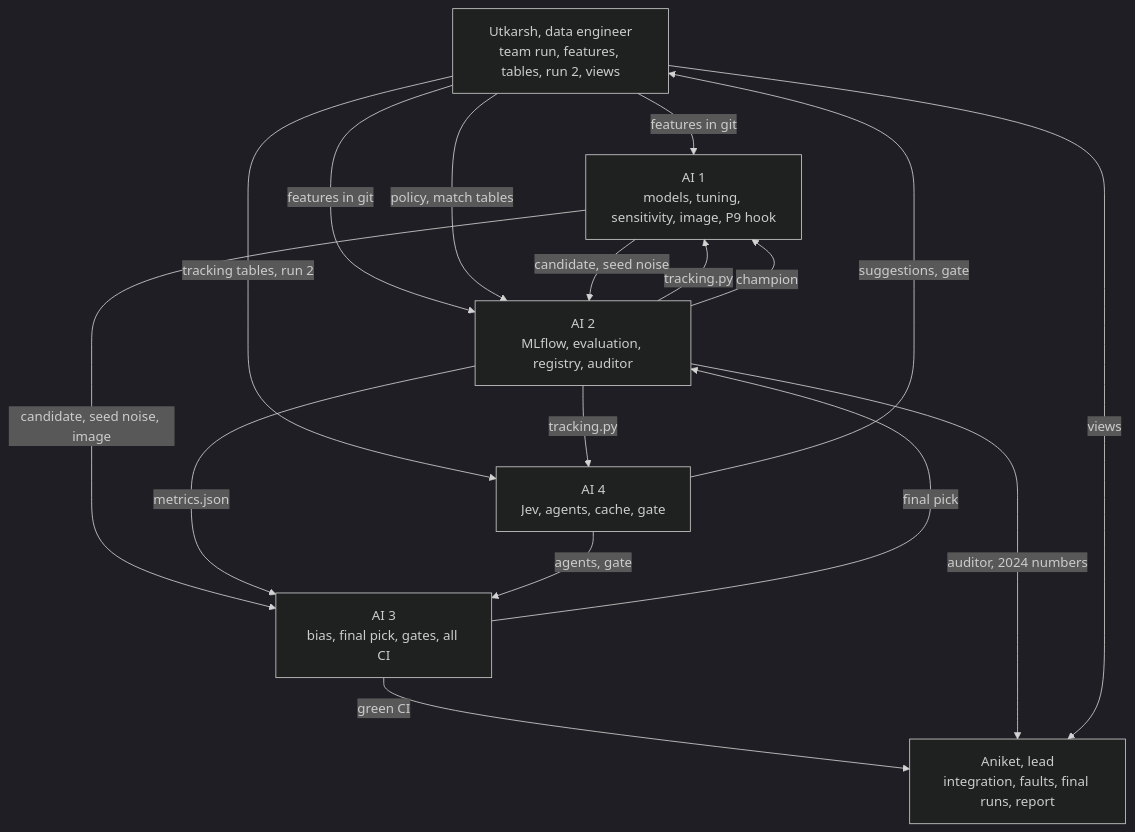
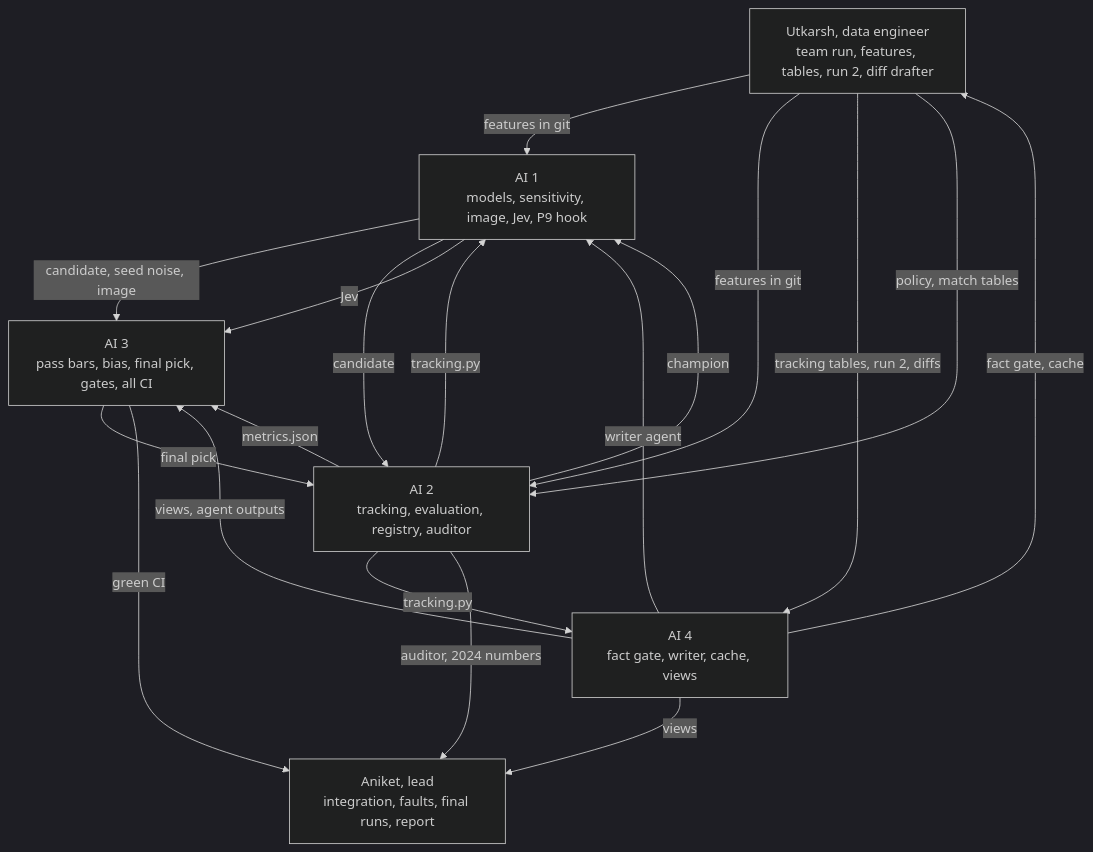
The second of 2 diagrams in Model-Pipeline/PLAN.md (Itsme-aniketghosh/Meridian), drawn with Mermaid (dark theme) before and after one commit. The commit also changed other lines of this file and 7 other files, not shown here.

First line of the commit message:
Update README files across multiple packets to reflect project changes and timelines

````diff
--- a/Model-Pipeline/PLAN.md
+++ b/Model-Pipeline/PLAN.md
@@ -235,26 +249,28 @@
 ```mermaid
 flowchart TD
+  utkarsh["Utkarsh, data engineer<br/>team run, features, tables, run 2, diff drafter"]
+  ai1["AI 1<br/>models, sensitivity, image, Jev, P9 hook"]
+  ai2["AI 2<br/>tracking, evaluation, registry, auditor"]
+  ai3["AI 3<br/>pass bars, bias, final pick, gates, all CI"]
+  ai4["AI 4<br/>fact gate, writer, cache, views"]
   aniket["Aniket, lead<br/>integration, faults, final runs, report"]
-  utkarsh["Utkarsh, data engineer<br/>team run, features, tables, run 2, views"]
-  ai1["AI 1<br/>models, tuning, sensitivity, image, P9 hook"]
-  ai2["AI 2<br/>MLflow, evaluation, registry, auditor"]
-  ai3["AI 3<br/>bias, final pick, gates, all CI"]
-  ai4["AI 4<br/>Jev, agents, cache, gate"]
 
   utkarsh -->|"features in git"| ai1
   utkarsh -->|"features in git"| ai2
-  utkarsh -->|"tracking tables, run 2"| ai4
+  utkarsh -->|"tracking tables, run 2, diffs"| ai4
   utkarsh -->|"policy, match tables"| ai2
   ai2 -->|"tracking.py"| ai1
   ai2 -->|"tracking.py"| ai4
-  ai1 -->|"candidate, seed noise"| ai2
   ai1 -->|"candidate, seed noise, image"| ai3
+  ai1 -->|"candidate"| ai2
   ai2 -->|"metrics.json"| ai3
   ai3 -->|"final pick"| ai2
   ai2 -->|"champion"| ai1
-  ai4 -->|"suggestions, gate"| utkarsh
-  ai4 -->|"agents, gate"| ai3
+  ai4 -->|"fact gate, cache"| utkarsh
+  ai4 -->|"writer agent"| ai1
+  ai1 -->|"Jev"| ai3
+  ai4 -->|"views, agent outputs"| ai3
   ai3 -->|"green CI"| aniket
   ai2 -->|"auditor, 2024 numbers"| aniket
-  utkarsh -->|"views"| aniket
+  ai4 -->|"views"| aniket
 ```
````
